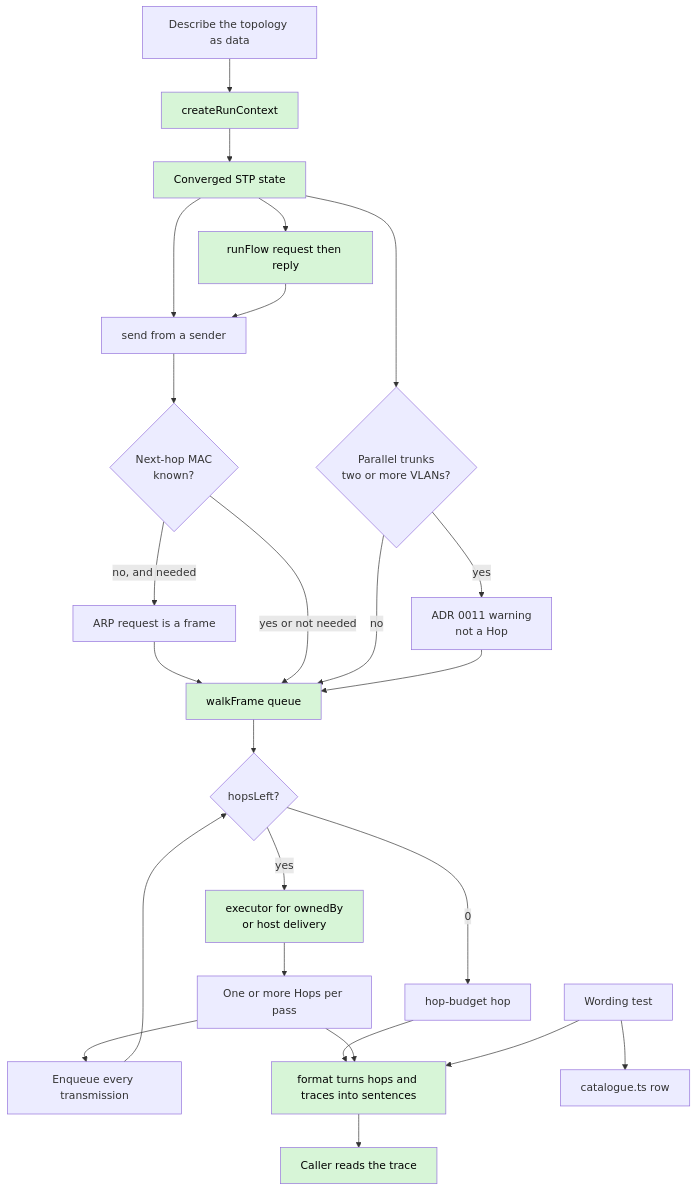
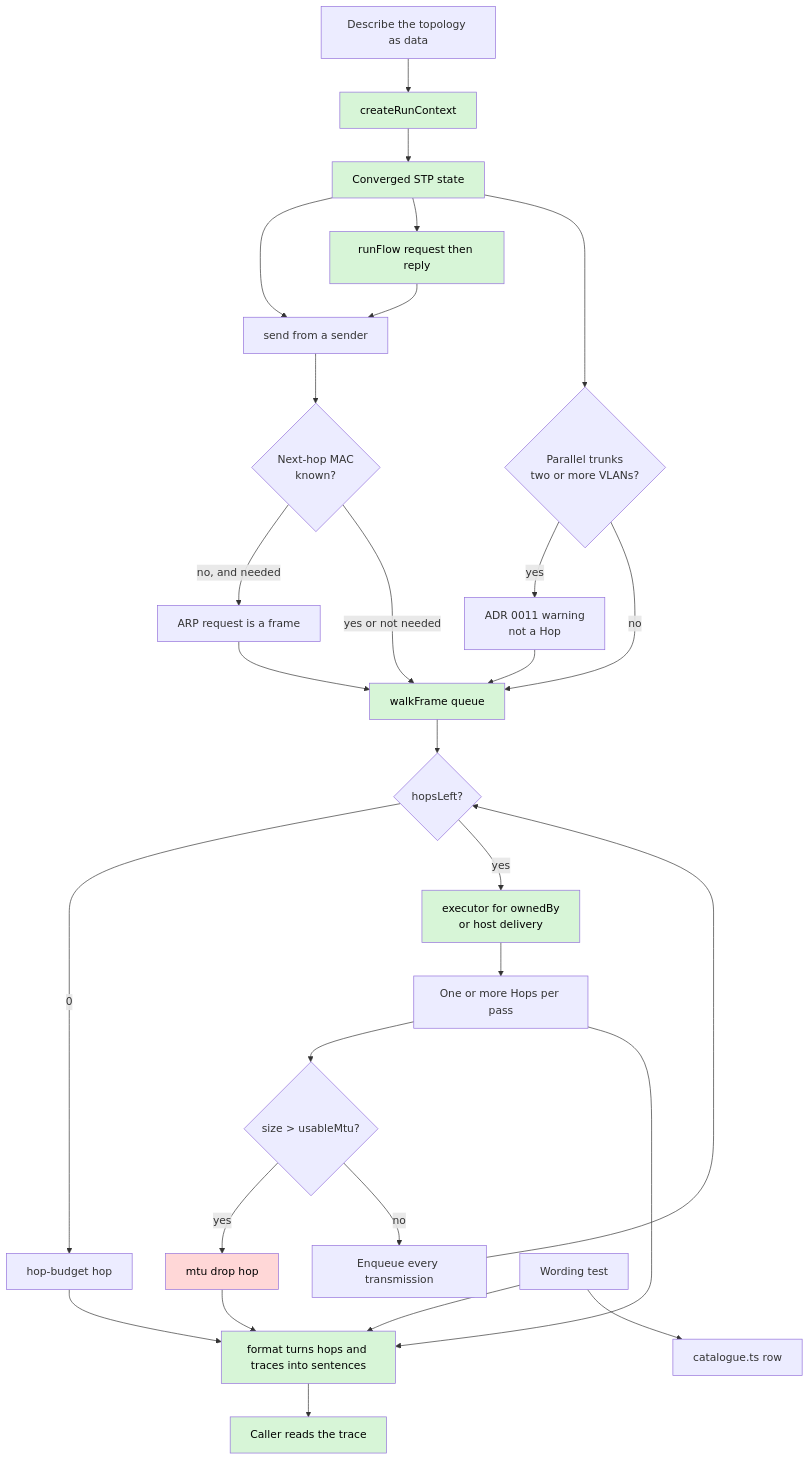
One commit to alanfong93/network-sandbox changed the diagram in docs/system_flow.md. Above: the diagram before and after it, drawn with Mermaid. The commit also changed other lines of this file and 17 other files, not shown here.

````diff
--- a/docs/system_flow.md
+++ b/docs/system_flow.md
@@ -15,34 +17,38 @@
 ```mermaid
 flowchart TD
     A[Describe the topology as data] --> C[createRunContext]
     C --> D[Converged STP state]
     D --> S[send from a sender]
     D --> FL[runFlow request then reply]
     FL --> S
     S --> P{Next-hop MAC<br>known?}
     P -->|no, and needed| AR[ARP request is a frame]
     AR --> Q[walkFrame queue]
     P -->|yes or not needed| Q
     D --> W{Parallel trunks<br>two or more VLANs?}
     W -->|yes| X[ADR 0011 warning<br>not a Hop]
     W -->|no| Q
     X --> Q
     Q --> B{hopsLeft?}
     B -->|0| Z[hop-budget hop]
     B -->|yes| E[executor for ownedBy<br>or host delivery]
     E --> F[One or more Hops per pass]
-    F --> T[Enqueue every transmission]
+    F --> MTU{size > usableMtu?}
+    MTU -->|yes| MD[mtu drop hop]
+    MTU -->|no| T[Enqueue every transmission]
     T --> B
+    MD --> G
     Z --> G[format turns hops and traces into sentences]
     F --> G
     G --> H[Caller reads the trace]
     I[Wording test] --> G
     I --> J[catalogue.ts row]
     style C fill:#d7f5d7,color:#000
     style D fill:#d7f5d7,color:#000
     style E fill:#d7f5d7,color:#000
     style Q fill:#d7f5d7,color:#000
     style G fill:#d7f5d7,color:#000
     style H fill:#d7f5d7,color:#000
     style FL fill:#d7f5d7,color:#000
+    style MD fill:#ffd7d7,color:#000
 ```
````
